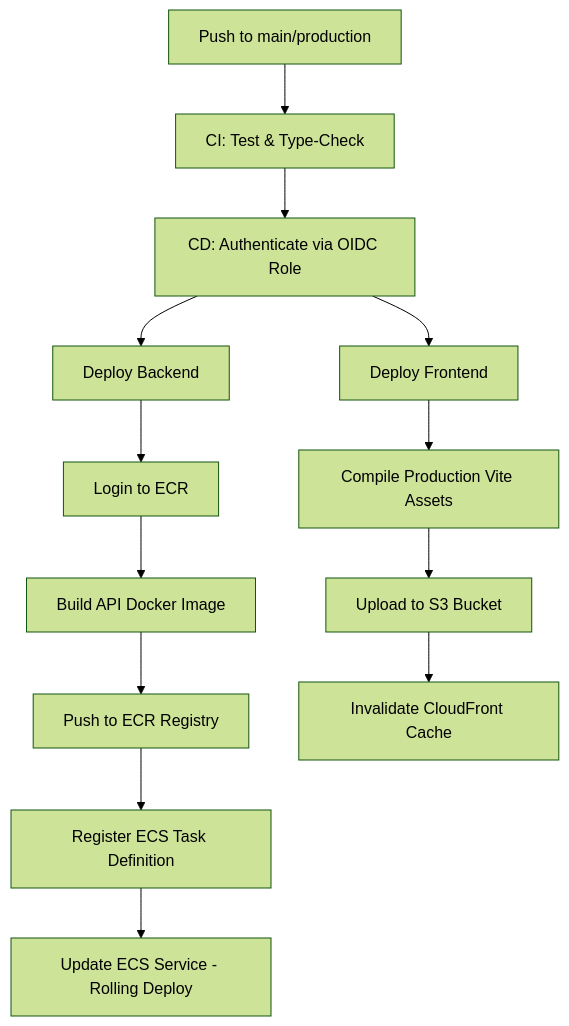
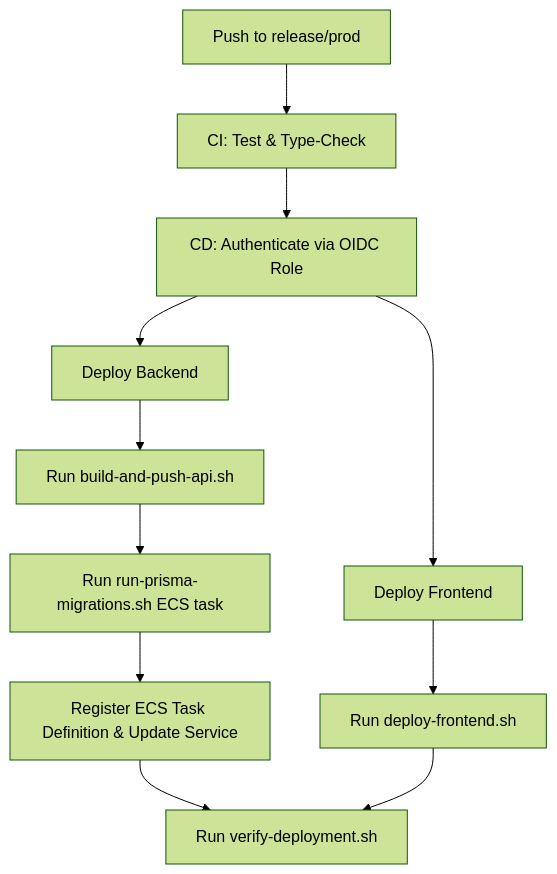
One commit to Thee-Hector-Genaro-Pacheco/caltrack changed the diagram in docs/AWS_DEPLOYMENT.md. Above: the diagram before and after it, drawn with Mermaid (forest theme). The commit also changed other lines of this file and 7 other files, not shown here.

Commit message:
chore(deploy): add AWS deployment execution scripts

````diff
--- a/docs/AWS_DEPLOYMENT.md
+++ b/docs/AWS_DEPLOYMENT.md
@@ -55,19 +98,19 @@
 ```mermaid
 graph TD
-    A[Push to main/production] --> B[CI: Test & Type-Check]
+    A[Push to release/prod] --> B[CI: Test & Type-Check]
     B --> C[CD: Authenticate via OIDC Role]
     C --> D[Deploy Backend]
     C --> E[Deploy Frontend]
     
     %% Backend
-    D --> D1[Login to ECR]
-    D1 --> D2[Build API Docker Image]
-    D2 --> D3[Push to ECR Registry]
-    D3 --> D4[Register ECS Task Definition]
-    D4 --> D5[Update ECS Service - Rolling Deploy]
+    D --> D1[Run build-and-push-api.sh]
+    D1 --> D2[Run run-prisma-migrations.sh ECS task]
+    D2 --> D3[Register ECS Task Definition & Update Service]
     
     %% Frontend
-    E --> E1[Compile Production Vite Assets]
-    E1 --> E2[Upload to S3 Bucket]
-    E2 --> E3[Invalidate CloudFront Cache]
+    E --> E1[Run deploy-frontend.sh]
+    
+    %% Post-flight
+    D3 --> F[Run verify-deployment.sh]
+    E1 --> F
 ```
````
